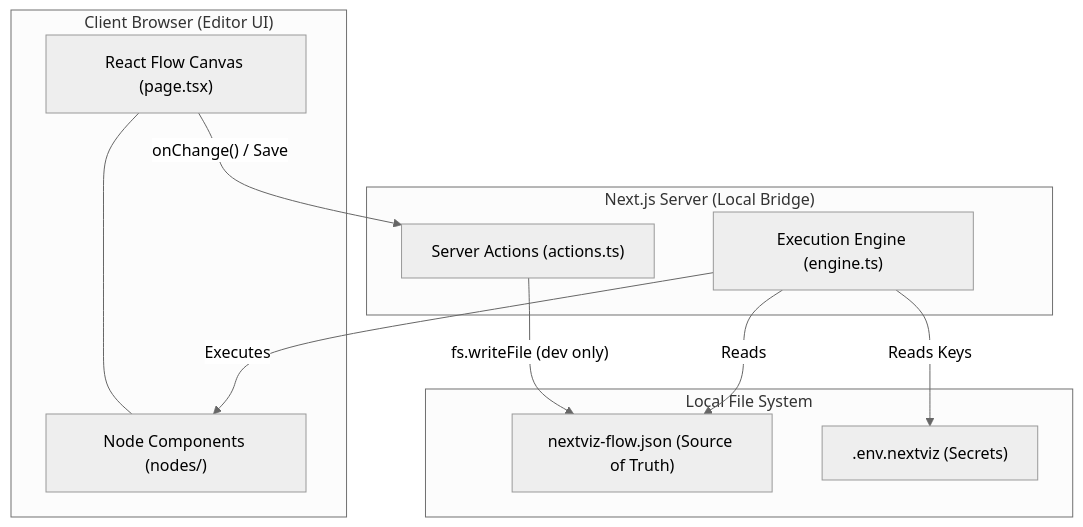
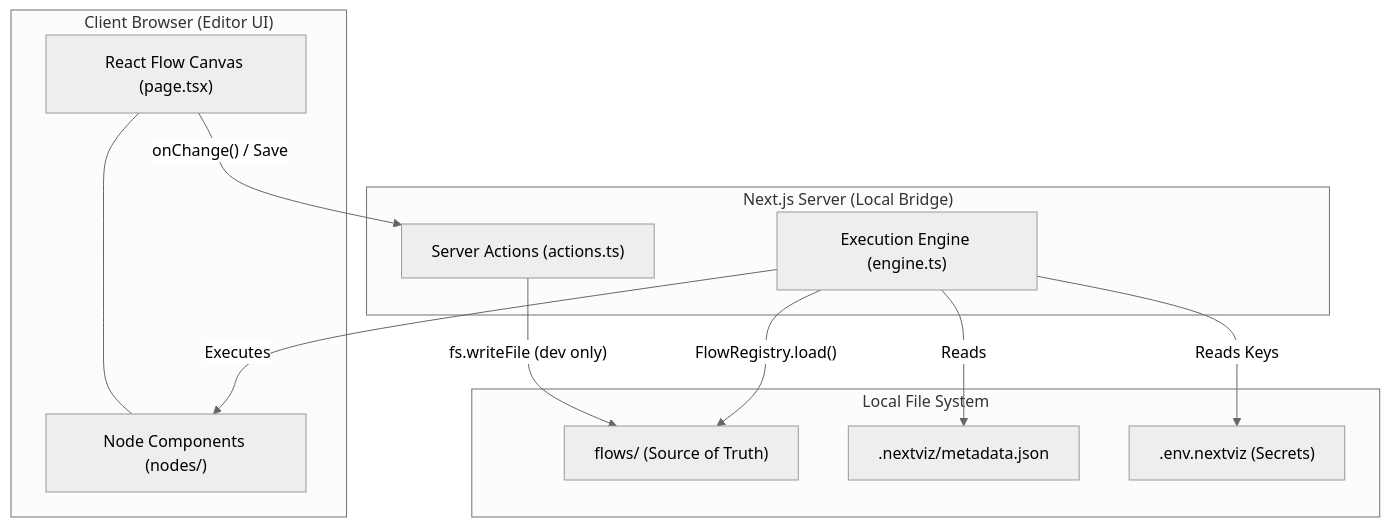
Before and after one commit to Danncode10/nextviz: the first of 2 diagrams in docs/masterplan.md, drawn with Mermaid (neutral theme). The commit also changed other lines of this file and 6 other files, not shown here.

Commit message:
refactor: migrate to individual flow files in flows/ directory and implement FlowRegistry for scalable storage

````diff
--- a/docs/masterplan.md
+++ b/docs/masterplan.md
@@ -46,27 +78,29 @@
 ```mermaid
 graph TD
     subgraph Browser["Client Browser (Editor UI)"]
         Canvas["React Flow Canvas (page.tsx)"]
         NodeRegistry["Node Components (nodes/)"]
         Canvas --- NodeRegistry
     end
 
     subgraph Server["Next.js Server (Local Bridge)"]
         Actions["Server Actions (actions.ts)"]
         Engine["Execution Engine (engine.ts)"]
     end
 
     subgraph FileSystem["Local File System"]
-        JSON["nextviz-flow.json (Source of Truth)"]
+        Flows["flows/ (Source of Truth)"]
+        Metadata[".nextviz/metadata.json"]
         Env[".env.nextviz (Secrets)"]
     end
 
     %% Editing Data Flow
     Canvas -- "onChange() / Save" --> Actions
-    Actions -- "fs.writeFile (dev only)" --> JSON
+    Actions -- "fs.writeFile (dev only)" --> Flows
     
     %% Execution Data Flow
-    Engine -- "Reads" --> JSON
+    Engine -- "FlowRegistry.load()" --> Flows
+    Engine -- "Reads" --> Metadata
     Engine -- "Reads Keys" --> Env
     Engine -- "Executes" --> NodeRegistry
 ```
````
